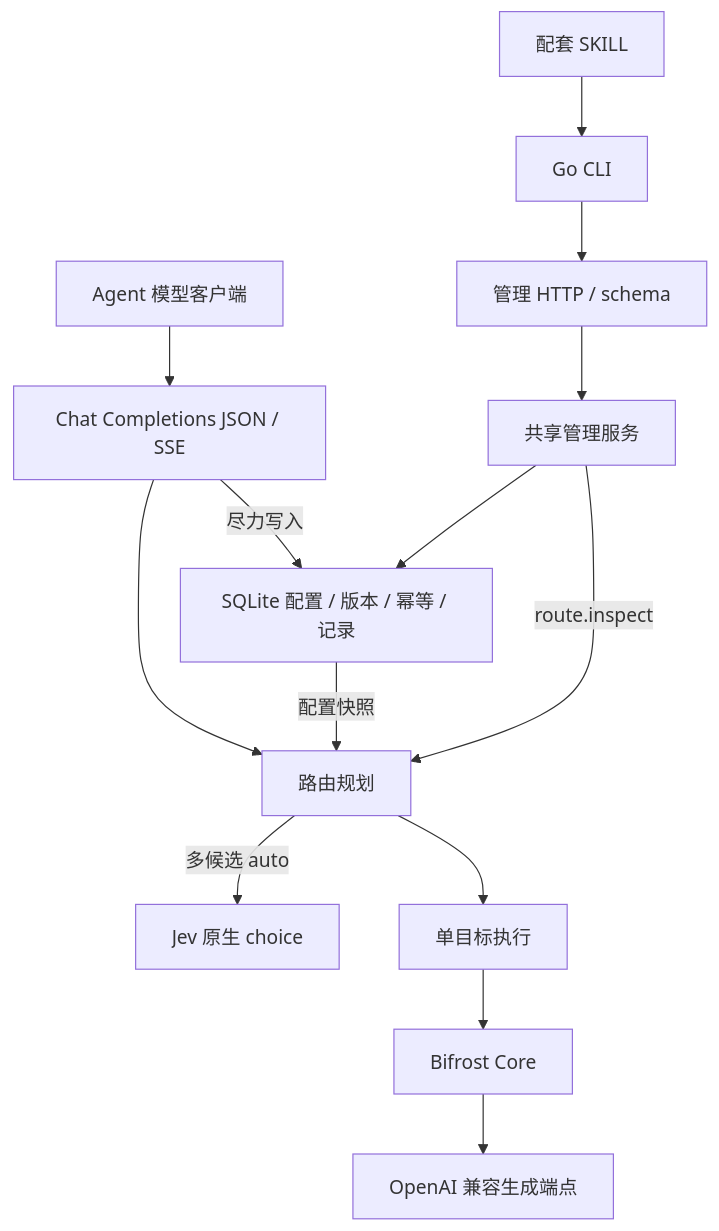
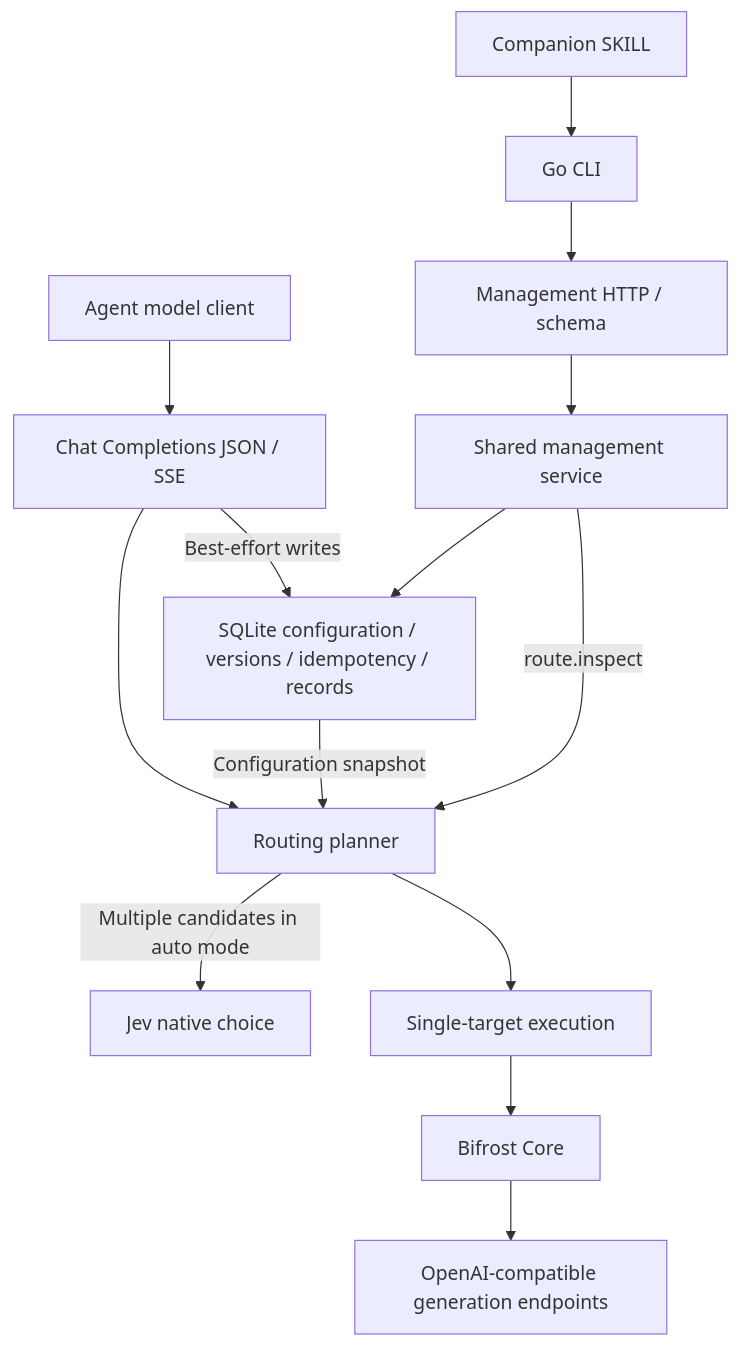
Before and after one commit to zerone-agents/jev-model-router: the diagram in README.md, drawn with Mermaid. The commit also changed other lines of this file and 1 other file, not shown here.

````diff
--- a/README.md
+++ b/README.md
@@ -52,16 +54,16 @@
 ```mermaid
 flowchart TD
-    Agent[Agent 模型客户端] --> API[Chat Completions JSON / SSE]
-    Skill[配套 SKILL] --> CLI[Go CLI]
-    CLI --> Admin[管理 HTTP / schema]
-    Admin --> Management[共享管理服务]
-    Management --> SQLite[SQLite 配置 / 版本 / 幂等 / 记录]
-    Management -->|route.inspect| Planner[路由规划]
+    Agent[Agent model client] --> API[Chat Completions JSON / SSE]
+    Skill[Companion SKILL] --> CLI[Go CLI]
+    CLI --> Admin[Management HTTP / schema]
+    Admin --> Management[Shared management service]
+    Management --> SQLite[SQLite configuration / versions / idempotency / records]
+    Management -->|route.inspect| Planner[Routing planner]
     API --> Planner
-    SQLite -->|配置快照| Planner
-    Planner -->|多候选 auto| Jev[Jev 原生 choice]
-    Planner --> Executor[单目标执行]
+    SQLite -->|Configuration snapshot| Planner
+    Planner -->|Multiple candidates in auto mode| Jev[Jev native choice]
+    Planner --> Executor[Single-target execution]
     Executor --> Bifrost[Bifrost Core]
-    Bifrost --> Models[OpenAI 兼容生成端点]
-    API -->|尽力写入| SQLite
+    Bifrost --> Models[OpenAI-compatible generation endpoints]
+    API -->|Best-effort writes| SQLite
 ```
````
